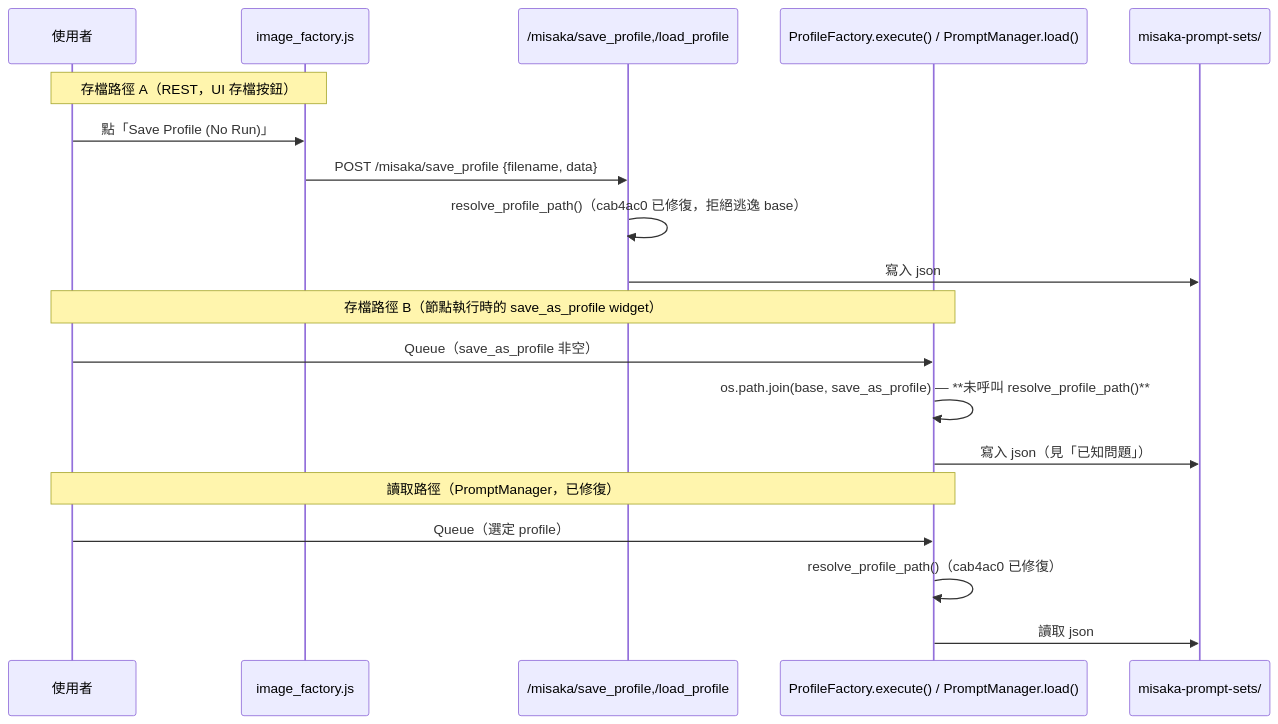
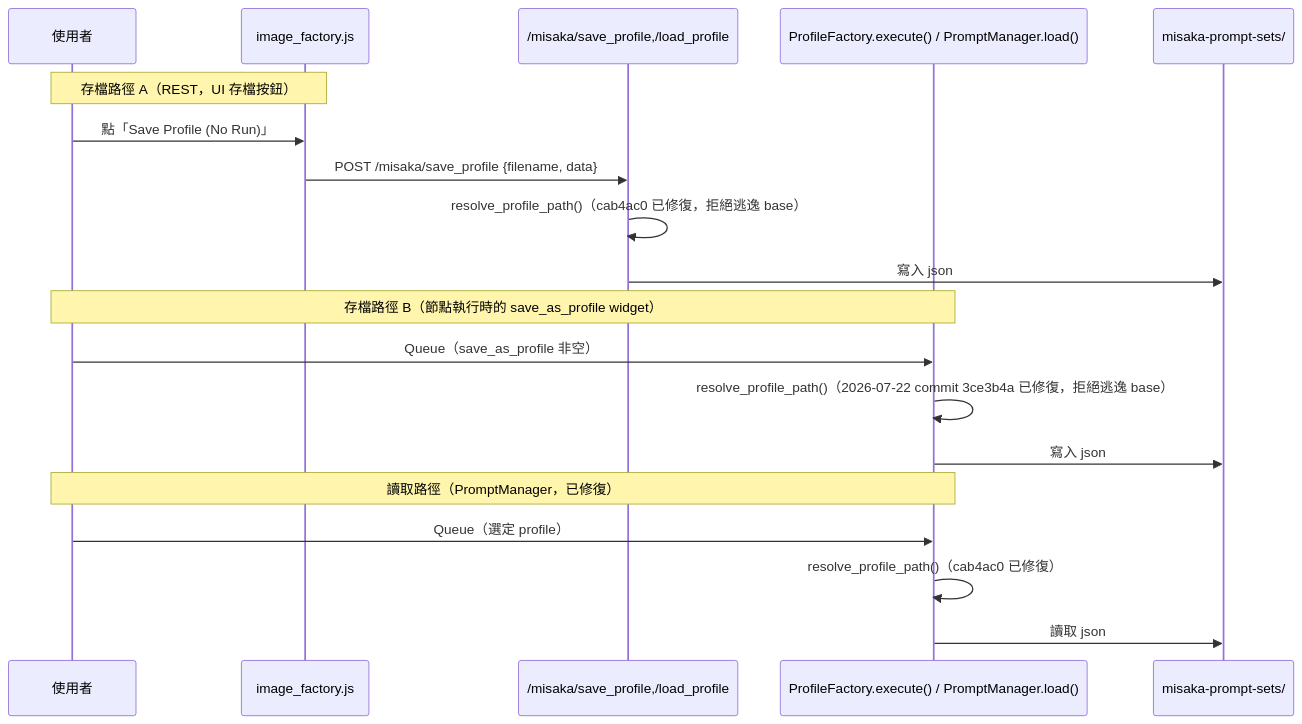
The diagram in docs/blueprint/entries/BP-IMG-1.md (misaka10032s/ComfyUI-misaka-prompt-manager), drawn with Mermaid before and after one commit. The commit also changed other lines of this file and 1 other file, not shown here.

First line of the commit message:
docs(blueprint): BP-IMG-1 gap closed — node-save traversal fix (commit 3ce3b4a)

````diff
--- a/docs/blueprint/entries/BP-IMG-1.md
+++ b/docs/blueprint/entries/BP-IMG-1.md
@@ -84,24 +94,24 @@
 ```mermaid
 sequenceDiagram
     participant U as 使用者
     participant JS as image_factory.js
     participant API as /misaka/save_profile,/load_profile
     participant Node as ProfileFactory.execute() / PromptManager.load()
     participant FS as misaka-prompt-sets/
 
     Note over U,JS: 存檔路徑 A（REST，UI 存檔按鈕）
     U->>JS: 點「Save Profile (No Run)」
     JS->>API: POST /misaka/save_profile {filename, data}
     API->>API: resolve_profile_path()（cab4ac0 已修復，拒絕逃逸 base）
     API->>FS: 寫入 json
 
     Note over U,Node: 存檔路徑 B（節點執行時的 save_as_profile widget）
     U->>Node: Queue（save_as_profile 非空）
-    Node->>Node: os.path.join(base, save_as_profile) — **未呼叫 resolve_profile_path()**
-    Node->>FS: 寫入 json（見「已知問題」）
+    Node->>Node: resolve_profile_path()（2026-07-22 commit 3ce3b4a 已修復，拒絕逃逸 base）
+    Node->>FS: 寫入 json
 
     Note over U,Node: 讀取路徑（PromptManager，已修復）
     U->>Node: Queue（選定 profile）
     Node->>Node: resolve_profile_path()（cab4ac0 已修復）
     Node->>FS: 讀取 json
 ```
````
